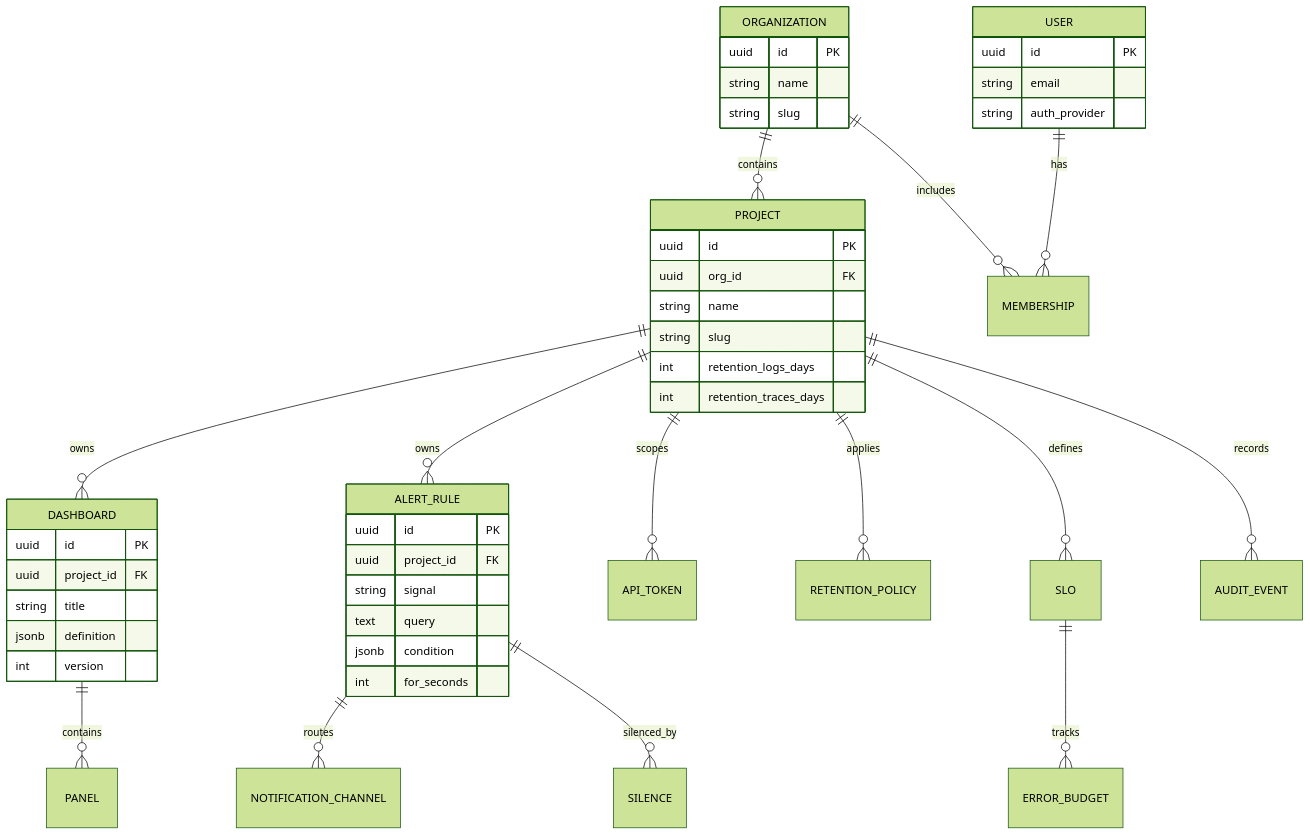
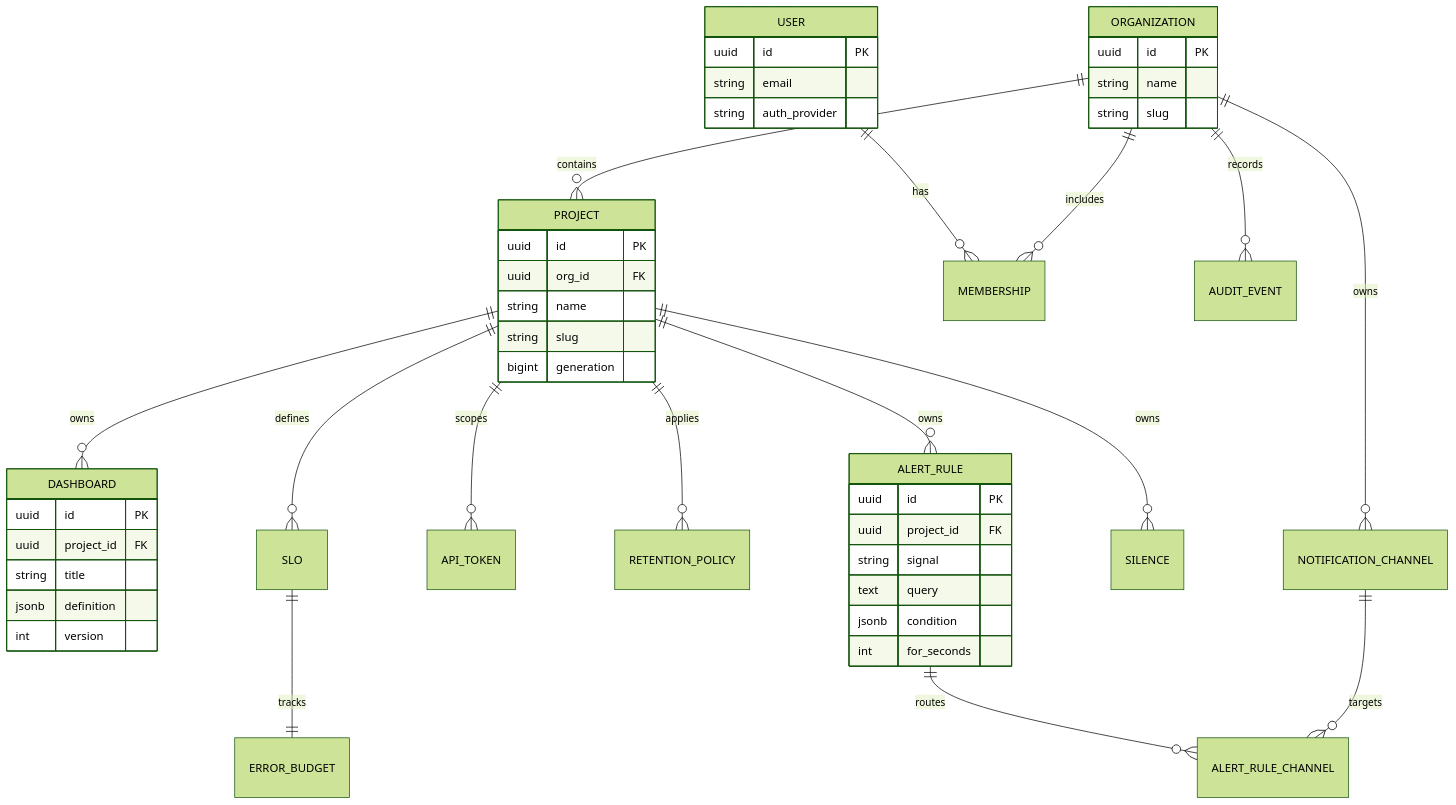
The seventh of 7 diagrams in _bmad-output/planning-artifacts/architecture/architecture-observaki-2026-10-31/ARCHITECTURE-SPINE.md (kaikeventura/observaki), drawn with Mermaid (forest theme) before and after one commit. The commit also changed other lines of this file and 3 other files, not shown here.

First line of the commit message:
docs(architecture): align the control plane ERD with AD-28

````diff
--- a/_bmad-output/planning-artifacts/architecture/architecture-observaki-2026-10-31/ARCHITECTURE-SPINE.md
+++ b/_bmad-output/planning-artifacts/architecture/architecture-observaki-2026-10-31/ARCHITECTURE-SPINE.md
@@ -448,50 +448,50 @@
 ```mermaid
 erDiagram
     ORGANIZATION ||--o{ PROJECT : contains
     PROJECT ||--o{ DASHBOARD : owns
     PROJECT ||--o{ ALERT_RULE : owns
     PROJECT ||--o{ API_TOKEN : scopes
     PROJECT ||--o{ RETENTION_POLICY : applies
     USER ||--o{ MEMBERSHIP : has
     ORGANIZATION ||--o{ MEMBERSHIP : includes
-    DASHBOARD ||--o{ PANEL : contains
-    ALERT_RULE ||--o{ NOTIFICATION_CHANNEL : routes
-    ALERT_RULE ||--o{ SILENCE : silenced_by
+    ORGANIZATION ||--o{ NOTIFICATION_CHANNEL : owns
+    ALERT_RULE ||--o{ ALERT_RULE_CHANNEL : routes
+    NOTIFICATION_CHANNEL ||--o{ ALERT_RULE_CHANNEL : targets
+    PROJECT ||--o{ SILENCE : owns
     PROJECT ||--o{ SLO : defines
-    SLO ||--o{ ERROR_BUDGET : tracks
-    PROJECT ||--o{ AUDIT_EVENT : records
+    SLO ||--|| ERROR_BUDGET : tracks
+    ORGANIZATION ||--o{ AUDIT_EVENT : records
 
     ORGANIZATION {
         uuid id PK
         string name
         string slug
     }
     PROJECT {
         uuid id PK
         uuid org_id FK
         string name
         string slug
-        int retention_logs_days
-        int retention_traces_days
+        bigint generation
     }
     DASHBOARD {
         uuid id PK
         uuid project_id FK
         string title
         jsonb definition
         int version
     }
     ALERT_RULE {
         uuid id PK
         uuid project_id FK
         string signal
         text query
         jsonb condition
         int for_seconds
     }
     USER {
         uuid id PK
         string email
         string auth_provider
     }
 ```
````
